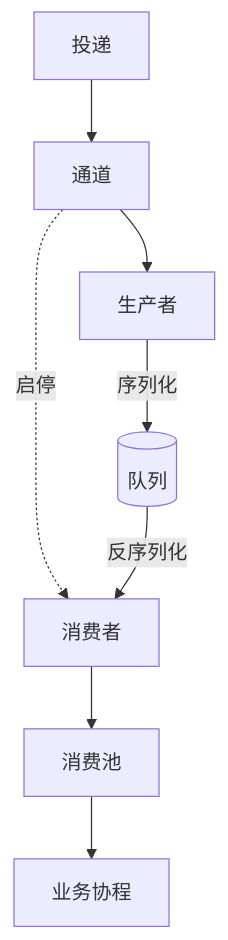
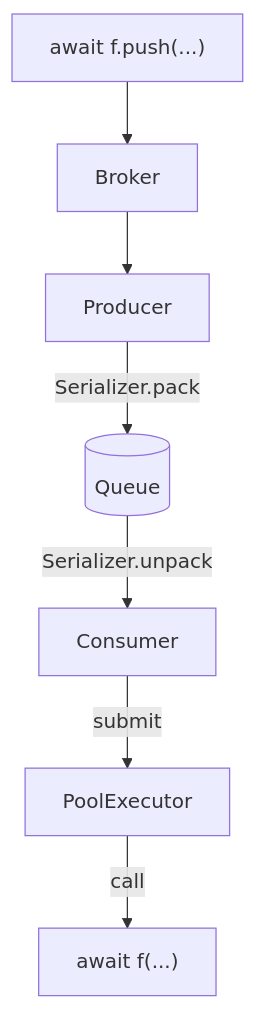
One commit to sekil233/py-messor changed the diagram in README.md. Above: the diagram before and after it, drawn with Mermaid. The commit also changed other lines of this file and 2 other files, not shown here.

````diff
--- a/README.md
+++ b/README.md
@@ -255,11 +105,9 @@
 ```mermaid
 flowchart TB
-  PUSH["投递"] --> B["通道"]
-  B --> PRO["生产者"]
-  B -.->|启停| CON["消费者"]
-
-  PRO -->|序列化| Q[("队列")]
-  Q -->|反序列化| CON
-  CON --> POOL["消费池"]
-  POOL --> FN["业务协程"]
+  PUSH["await f.push(...)"] --> B["Broker"]
+  B --> PRO["Producer"]
+  PRO -->|Serializer.pack| Q[("Queue")]
+  Q -->|Serializer.unpack| CON["Consumer"]
+  CON -->|submit| POOL["PoolExecutor"]
+  POOL -->|call| FN["await f(...)"]
 ```
````
